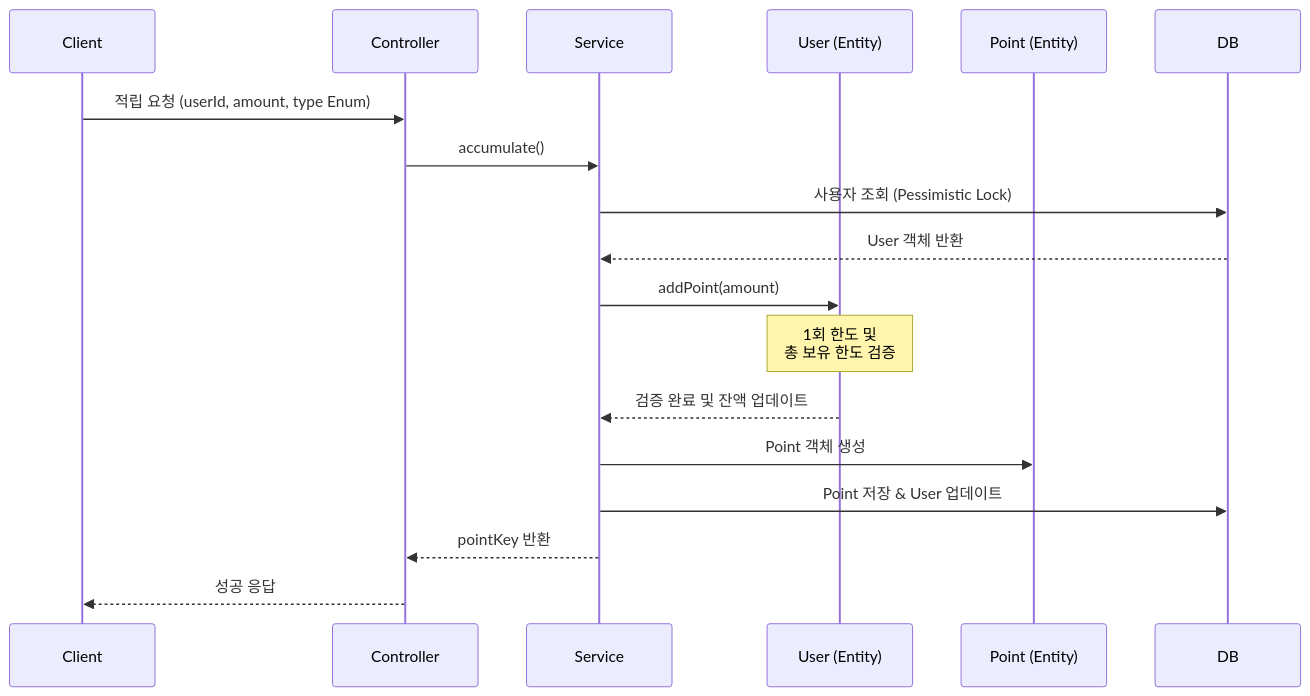
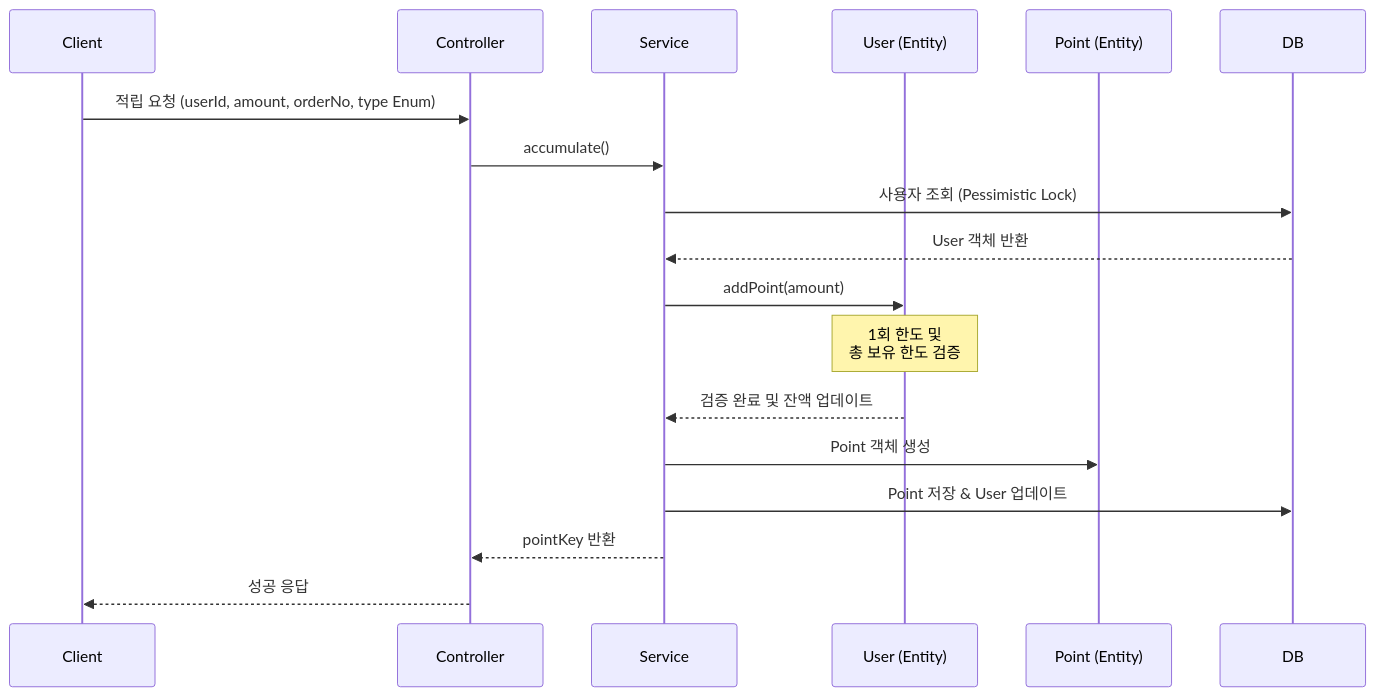
The first of 4 diagrams in README.md (muzzaiwork/point), drawn with Mermaid before and after one commit. The commit also changed other lines of this file and 11 other files, not shown here.

````diff
--- a/README.md
+++ b/README.md
@@ -112,21 +118,21 @@
 ```mermaid
 sequenceDiagram
     participant Client
     participant Controller
     participant Service
     participant UserEntity as User (Entity)
     participant PointEntity as Point (Entity)
     participant DB
 
-    Client->>Controller: 적립 요청 (userId, amount, type Enum)
+    Client->>Controller: 적립 요청 (userId, amount, orderNo, type Enum)
     Controller->>Service: accumulate()
     Service->>DB: 사용자 조회 (Pessimistic Lock)
     DB-->>Service: User 객체 반환
     Service->>UserEntity: addPoint(amount)
     Note over UserEntity: 1회 한도 및<br/>총 보유 한도 검증
     UserEntity-->>Service: 검증 완료 및 잔액 업데이트
     Service->>PointEntity: Point 객체 생성
     Service->>DB: Point 저장 & User 업데이트
     Service-->>Controller: pointKey 반환
     Controller-->>Client: 성공 응답
 ```
````
